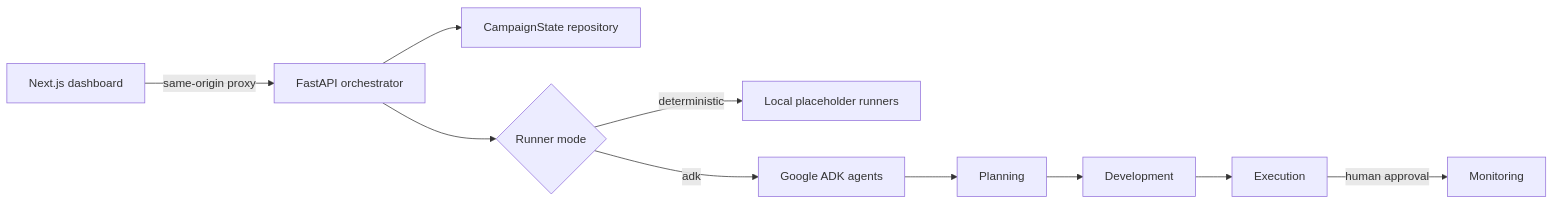
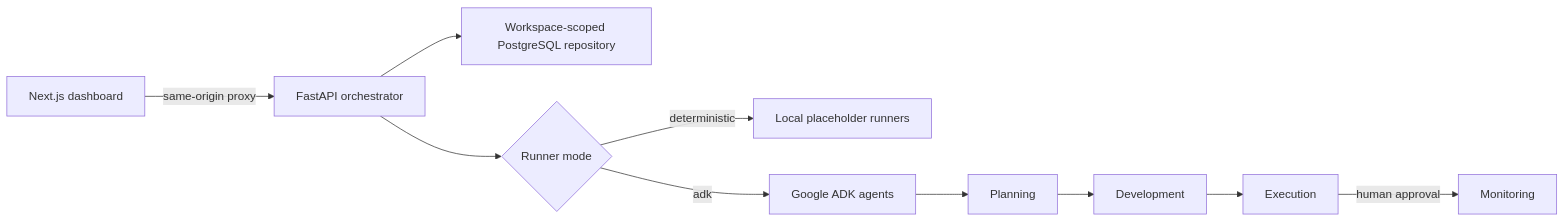
One commit to jamesherbin/marketing_campaign_generator changed the diagram in README.md. Above: the diagram before and after it, drawn with Mermaid. The commit also changed other lines of this file and 36 other files, not shown here.

````diff
--- a/README.md
+++ b/README.md
@@ -7,12 +7,12 @@
 ```mermaid
 flowchart LR
     UI[Next.js dashboard] -->|same-origin proxy| API[FastAPI orchestrator]
-    API --> STATE[CampaignState repository]
+    API --> STATE[Workspace-scoped PostgreSQL repository]
     API --> RUNNERS{Runner mode}
     RUNNERS -->|deterministic| FIXTURES[Local placeholder runners]
     RUNNERS -->|adk| AGENTS[Google ADK agents]
     AGENTS --> PLAN[Planning]
     PLAN --> DEV[Development]
     DEV --> EXEC[Execution]
     EXEC -->|human approval| MON[Monitoring]
 ```
````
